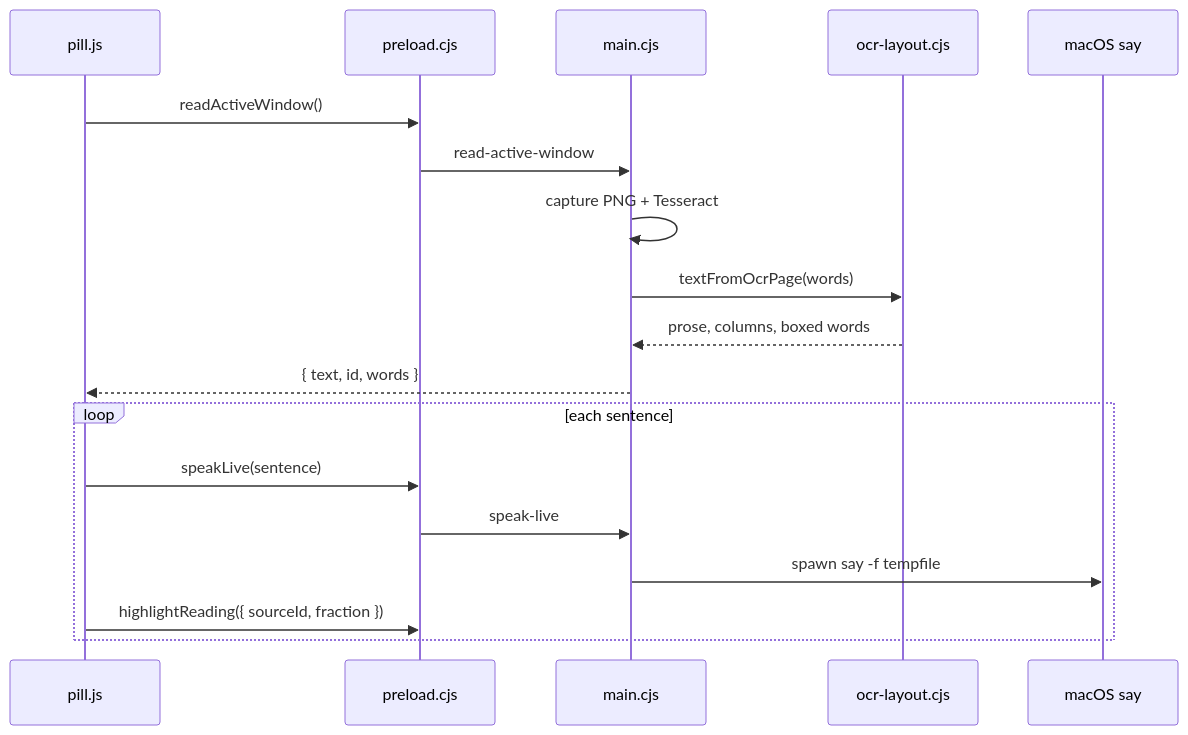
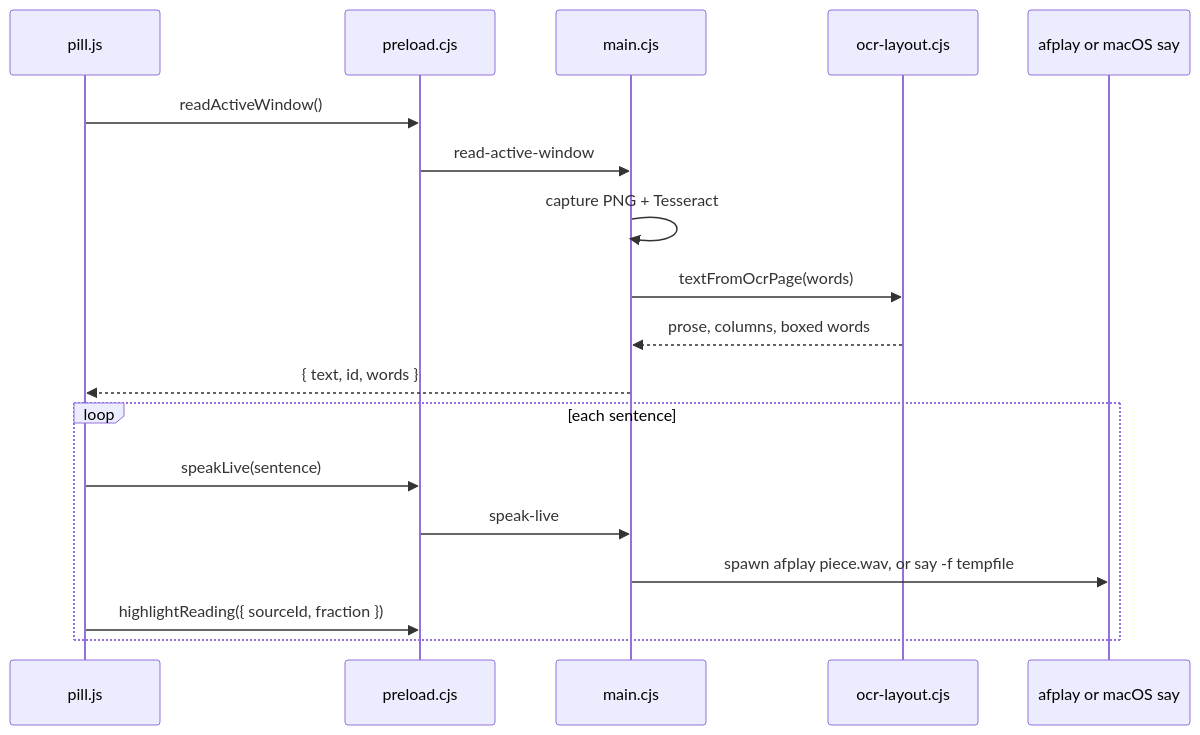
The diagram in docs/ARCHITECTURE.md (Techniclee22/Main-github), drawn with Mermaid before and after one commit. The commit also changed other lines of this file and 13 other files, not shown here.

````diff
--- a/docs/ARCHITECTURE.md
+++ b/docs/ARCHITECTURE.md
@@ -40,21 +42,21 @@
 ```mermaid
 sequenceDiagram
   participant Pill as pill.js
   participant Bridge as preload.cjs
   participant Main as main.cjs
   participant OCR as ocr-layout.cjs
-  participant Say as macOS say
+  participant Player as afplay or macOS say
 
   Pill->>Bridge: readActiveWindow()
   Bridge->>Main: read-active-window
   Main->>Main: capture PNG + Tesseract
   Main->>OCR: textFromOcrPage(words)
   OCR-->>Main: prose, columns, boxed words
   Main-->>Pill: { text, id, words }
   loop each sentence
     Pill->>Bridge: speakLive(sentence)
     Bridge->>Main: speak-live
-    Main->>Say: spawn say -f tempfile
+    Main->>Player: spawn afplay piece.wav, or say -f tempfile
     Pill->>Bridge: highlightReading({ sourceId, fraction })
   end
 ```
````
